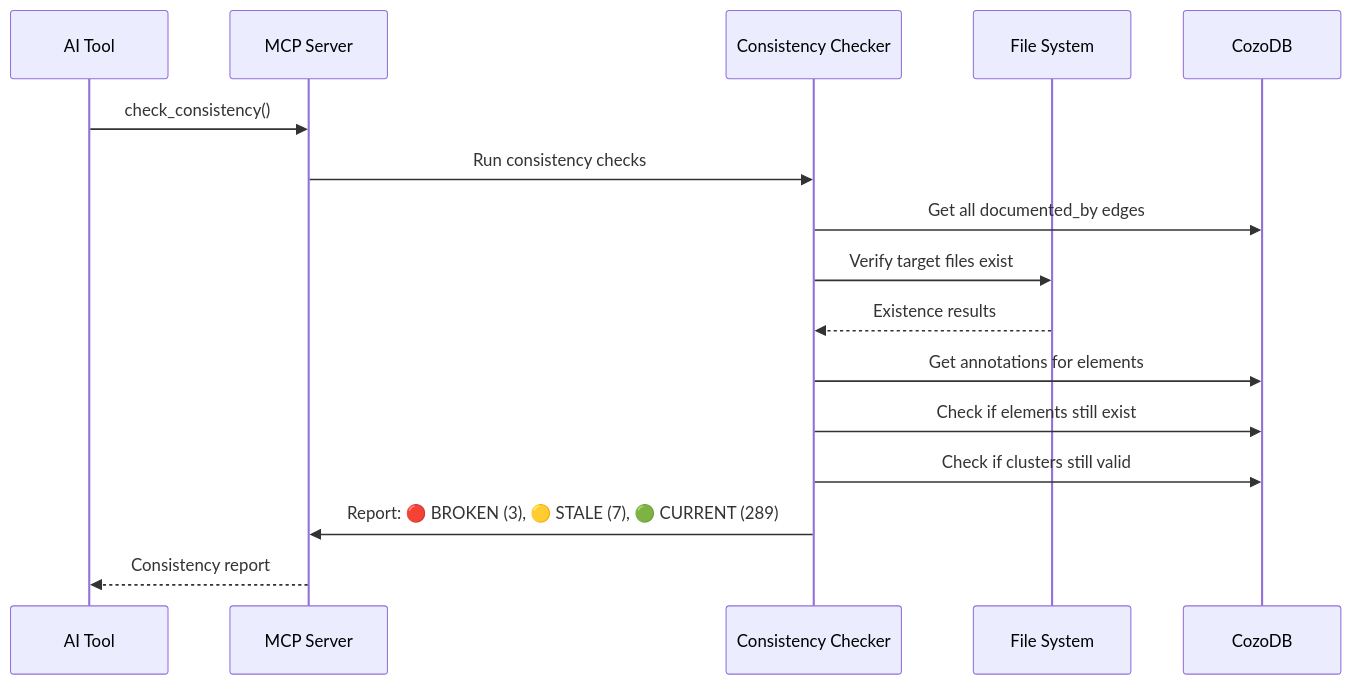
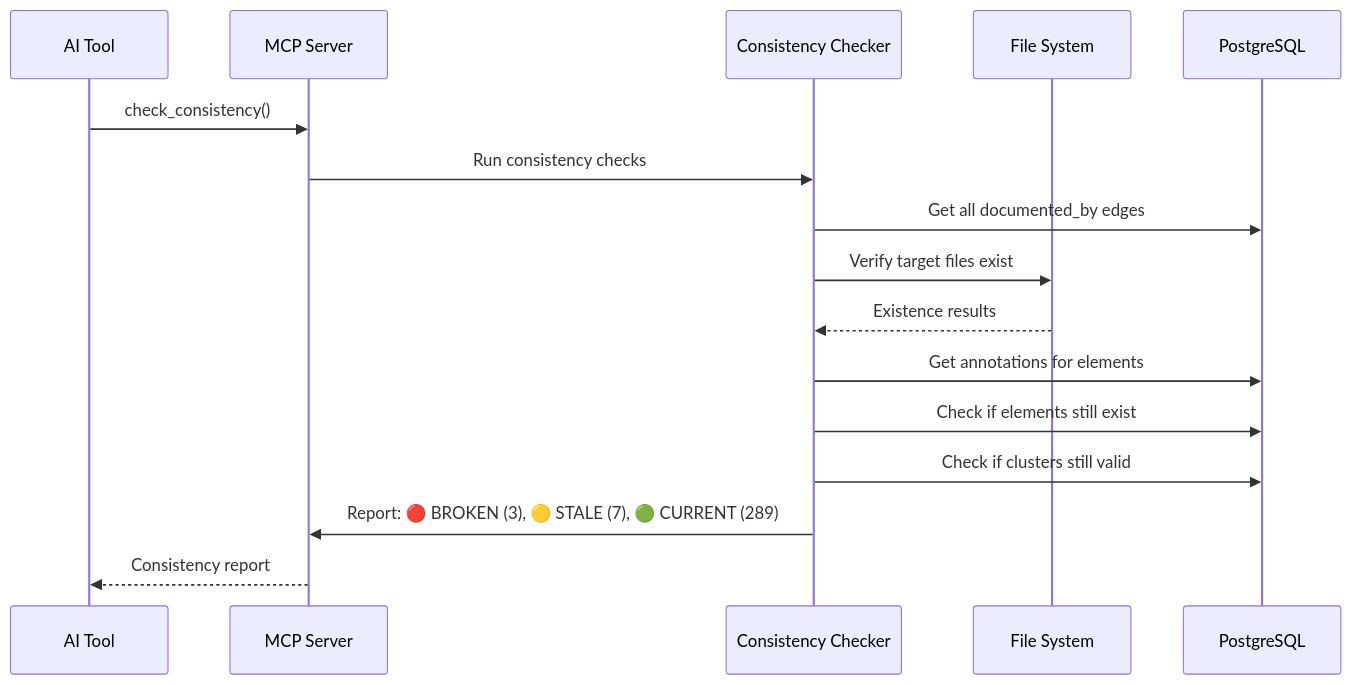
One commit to FreePeak/LeanKG changed diagram 11 of 13 in docs/erd.md. Above: the diagram before and after it, drawn with Mermaid. The commit also changed other lines of this file and 33 other files, not shown here.

````diff
--- a/docs/erd.md
+++ b/docs/erd.md
@@ -562,19 +562,19 @@
 ```mermaid
 sequenceDiagram
     participant AI as AI Tool
     participant MCP as MCP Server
     participant CC as Consistency Checker
     participant FS as File System
-    participant DB as CozoDB
+    participant DB as PostgreSQL
 
     AI->>MCP: check_consistency()
     MCP->>CC: Run consistency checks
     CC->>DB: Get all documented_by edges
     CC->>FS: Verify target files exist
     FS-->>CC: Existence results
     CC->>DB: Get annotations for elements
     CC->>DB: Check if elements still exist
     CC->>DB: Check if clusters still valid
     CC->>MCP: Report: 🔴 BROKEN (3), 🟡 STALE (7), 🟢 CURRENT (289)
     MCP-->>AI: Consistency report
 ```
````
